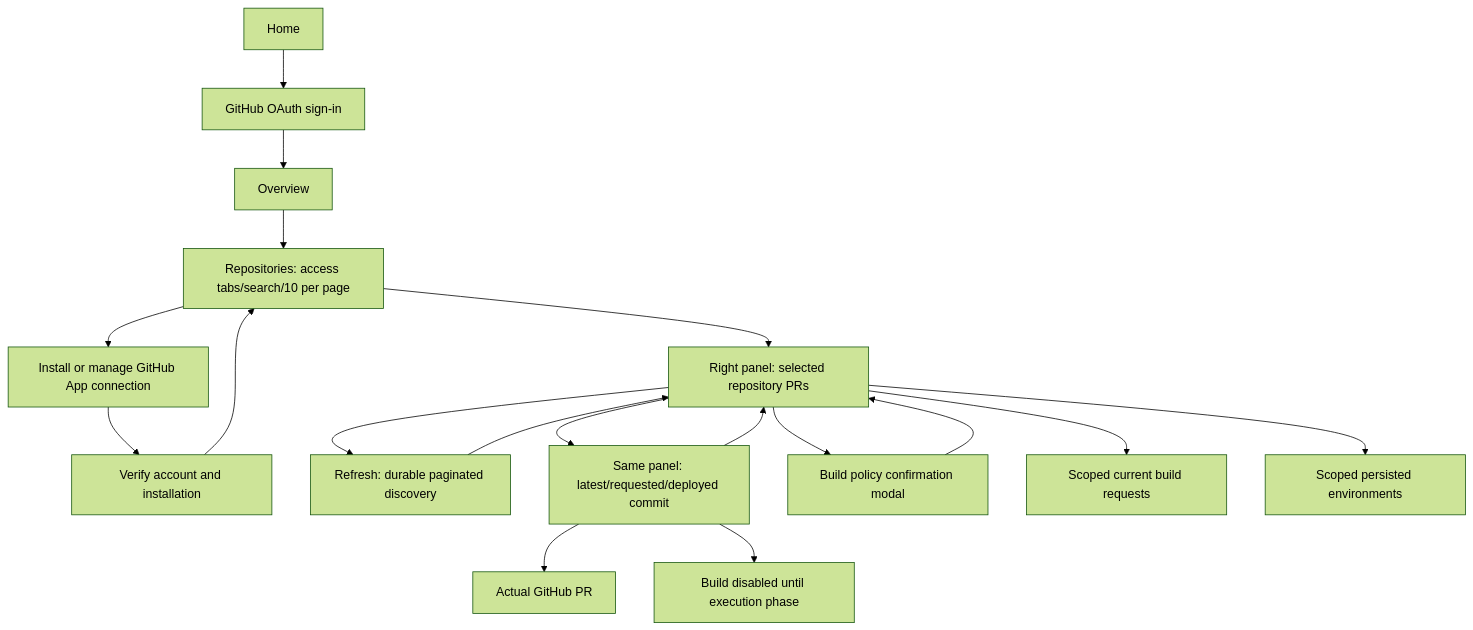
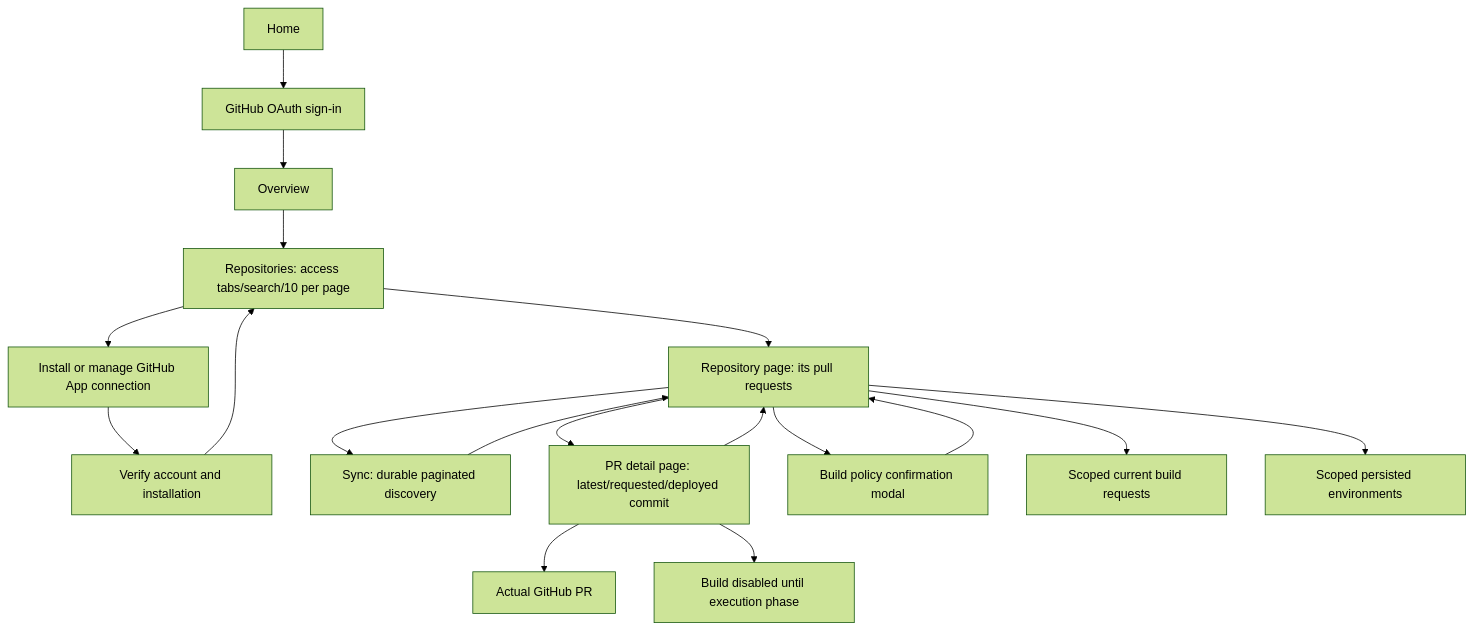
The first of 2 diagrams in docs/APP_USER_FLOW.md (ajaykathwate/Previa), drawn with Mermaid (forest theme) before and after one commit. The commit also changed other lines of this file and 22 other files, not shown here.

````diff
--- a/docs/APP_USER_FLOW.md
+++ b/docs/APP_USER_FLOW.md
@@ -130,20 +135,20 @@
 ```mermaid
 flowchart TD
     H[Home] --> L[GitHub OAuth sign-in]
     L --> O[Overview]
     O --> R[Repositories: access tabs/search/10 per page]
     R --> I[Install or manage GitHub App connection]
     I --> V[Verify account and installation]
     V --> R
-    R --> D[Right panel: selected repository PRs]
-    D --> S[Refresh: durable paginated discovery]
+    R --> D[Repository page: its pull requests]
+    D --> S[Sync: durable paginated discovery]
     S --> D
-    D --> P[Same panel: latest/requested/deployed commit]
+    D --> P[PR detail page: latest/requested/deployed commit]
     P --> D
     D --> M[Build policy confirmation modal]
     M --> D
     D --> B[Scoped current build requests]
     D --> E[Scoped persisted environments]
     P --> G[Actual GitHub PR]
     P --> X[Build disabled until execution phase]
 ```
````
